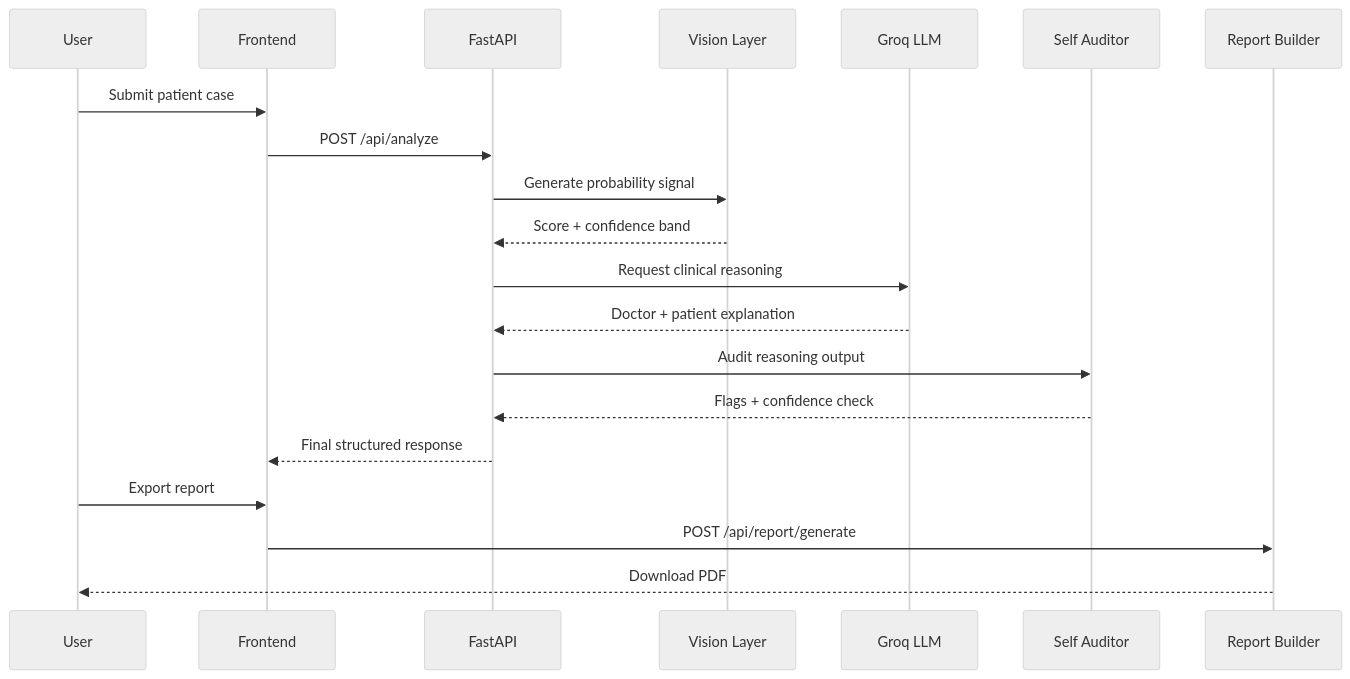
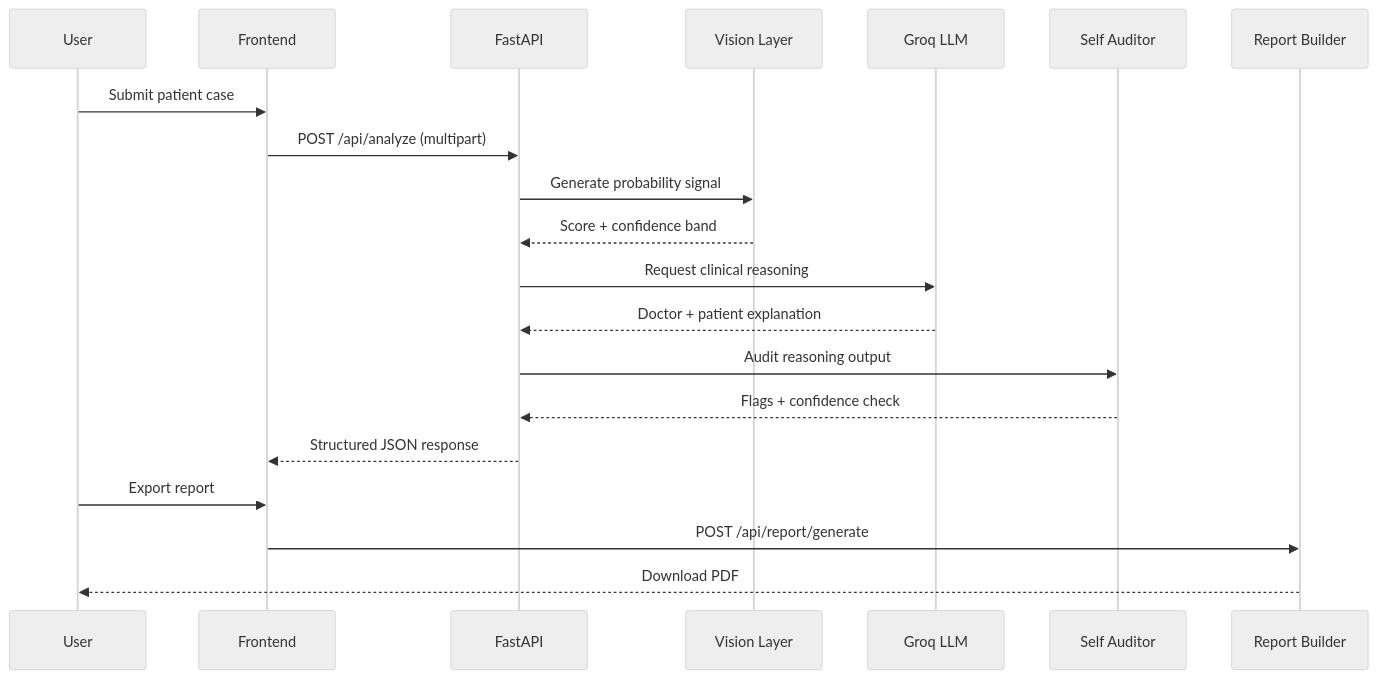
Before and after one commit to vishva2410/ONCO-DETECT-: the fourth of 5 diagrams in oncodetect/README.md, drawn with Mermaid (neutral theme). The commit also changed other lines of this file, not shown here.

````diff
--- a/oncodetect/README.md
+++ b/oncodetect/README.md
@@ -162,23 +175,23 @@
 ```mermaid
 sequenceDiagram
     participant U as User
     participant FE as Frontend
     participant BE as FastAPI
     participant VR as Vision Layer
     participant GR as Groq LLM
     participant AU as Self Auditor
     participant PDF as Report Builder
 
     U->>FE: Submit patient case
-    FE->>BE: POST /api/analyze
+    FE->>BE: POST /api/analyze (multipart)
     BE->>VR: Generate probability signal
     VR-->>BE: Score + confidence band
     BE->>GR: Request clinical reasoning
     GR-->>BE: Doctor + patient explanation
     BE->>AU: Audit reasoning output
     AU-->>BE: Flags + confidence check
-    BE-->>FE: Final structured response
+    BE-->>FE: Structured JSON response
     U->>FE: Export report
     FE->>PDF: POST /api/report/generate
     PDF-->>U: Download PDF
 ```
````
